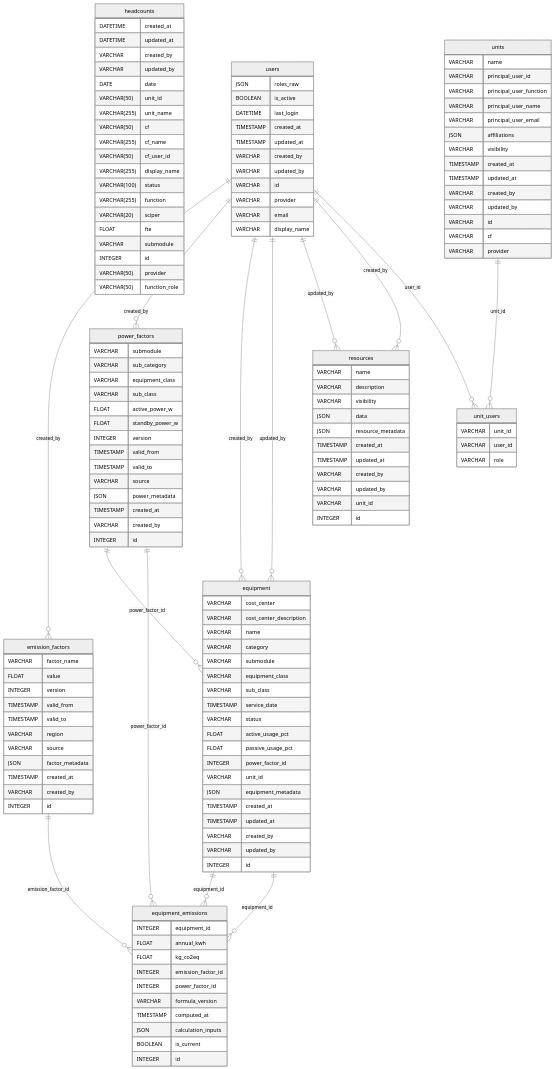
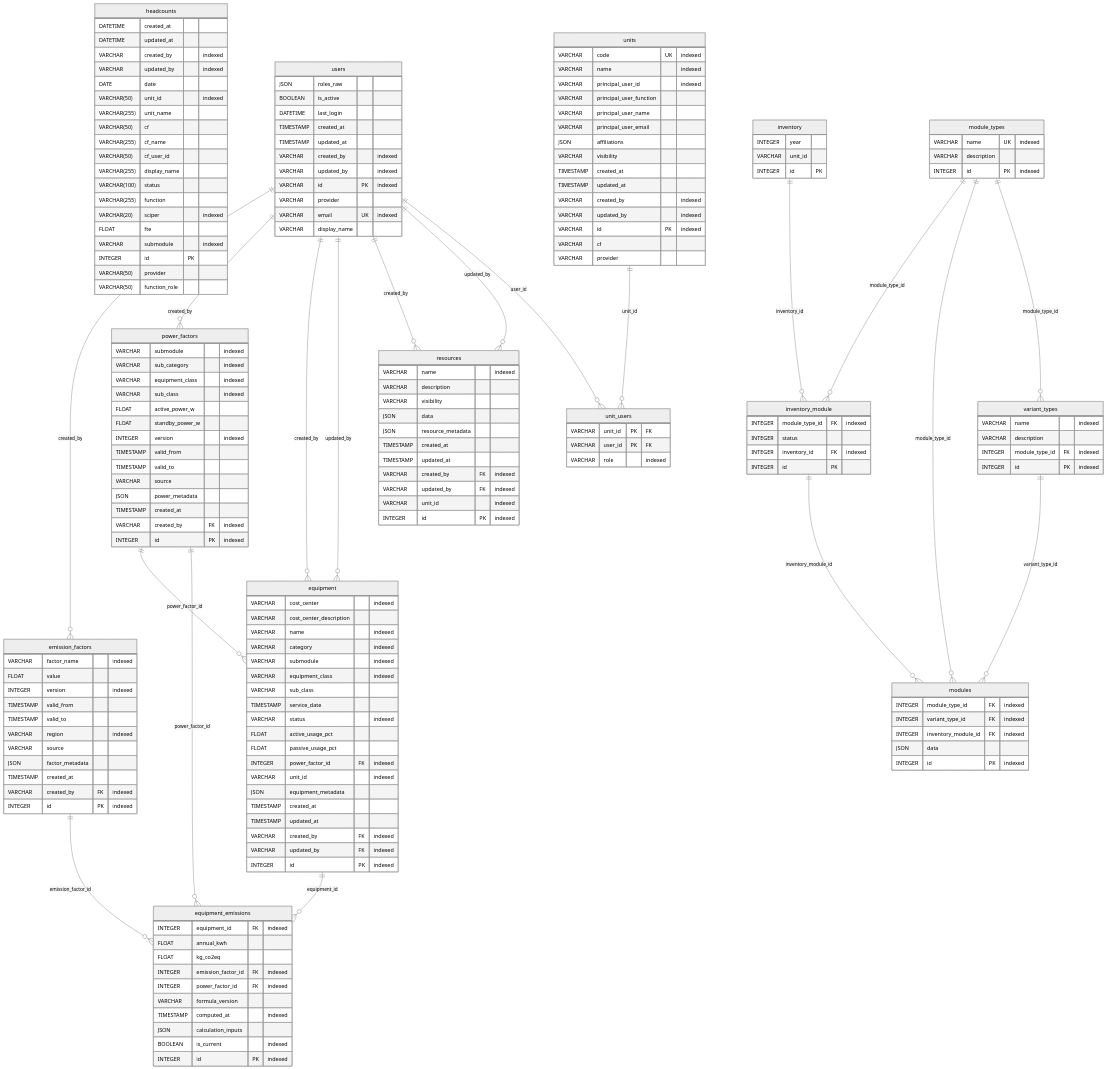
The diagram in docs/src/database/erd.md (EPFL-ENAC/co2-calculator), drawn with Mermaid (neutral theme) before and after one commit. The commit also changed 45 other files, not shown here.

````diff
--- a/docs/src/database/erd.md
+++ b/docs/src/database/erd.md
@@ -3,74 +3,74 @@
 ```mermaid
 erDiagram
   emission_factors {
-    VARCHAR factor_name
+    VARCHAR factor_name "indexed"
     FLOAT value
-    INTEGER version
+    INTEGER version "indexed"
     TIMESTAMP valid_from
     TIMESTAMP valid_to
-    VARCHAR region
+    VARCHAR region "indexed"
     VARCHAR source
     JSON factor_metadata
     TIMESTAMP created_at
-    VARCHAR created_by
-    INTEGER id
+    VARCHAR created_by FK "indexed"
+    INTEGER id PK "indexed"
   }
   power_factors {
-    VARCHAR submodule
-    VARCHAR sub_category
-    VARCHAR equipment_class
-    VARCHAR sub_class
+    VARCHAR submodule "indexed"
+    VARCHAR sub_category "indexed"
+    VARCHAR equipment_class "indexed"
+    VARCHAR sub_class "indexed"
     FLOAT active_power_w
     FLOAT standby_power_w
-    INTEGER version
+    INTEGER version "indexed"
     TIMESTAMP valid_from
     TIMESTAMP valid_to
     VARCHAR source
     JSON power_metadata
     TIMESTAMP created_at
-    VARCHAR created_by
-    INTEGER id
+    VARCHAR created_by FK "indexed"
+    INTEGER id PK "indexed"
   }
   equipment {
-    VARCHAR cost_center
+    VARCHAR cost_center "indexed"
     VARCHAR cost_center_description
-    VARCHAR name
-    VARCHAR category
-    VARCHAR submodule
-    VARCHAR equipment_class
+    VARCHAR name "indexed"
+    VARCHAR category "indexed"
+    VARCHAR submodule "indexed"
+    VARCHAR equipment_class "indexed"
     VARCHAR sub_class
     TIMESTAMP service_date
-    VARCHAR status
+    VARCHAR status "indexed"
     FLOAT active_usage_pct
     FLOAT passive_usage_pct
-    INTEGER power_factor_id
-    VARCHAR unit_id
+    INTEGER power_factor_id FK "indexed"
+    VARCHAR unit_id "indexed"
     JSON equipment_metadata
     TIMESTAMP created_at
     TIMESTAMP updated_at
-    VARCHAR created_by
-    VARCHAR updated_by
-    INTEGER id
+    VARCHAR created_by FK "indexed"
+    VARCHAR updated_by FK "indexed"
+    INTEGER id PK "indexed"
   }
   equipment_emissions {
-    INTEGER equipment_id
+    INTEGER equipment_id FK "indexed"
     FLOAT annual_kwh
     FLOAT kg_co2eq
-    INTEGER emission_factor_id
-    INTEGER power_factor_id
+    INTEGER emission_factor_id FK "indexed"
+    INTEGER power_factor_id FK "indexed"
     VARCHAR formula_version
-    TIMESTAMP computed_at
+    TIMESTAMP computed_at "indexed"
     JSON calculation_inputs
-    BOOLEAN is_current
-    INTEGER id
+    BOOLEAN is_current "indexed"
+    INTEGER id PK "indexed"
   }
   headcounts {
     DATETIME created_at
     DATETIME updated_at
-    VARCHAR created_by
-    VARCHAR updated_by
+    VARCHAR created_by "indexed"
+    VARCHAR updated_by "indexed"
     DATE date
-    VARCHAR(50) unit_id
+    VARCHAR(50) unit_id "indexed"
     VARCHAR(255) unit_name
     VARCHAR(50) cf
     VARCHAR(255) cf_name
@@ -78,29 +78,53 @@
     VARCHAR(255) display_name
     VARCHAR(100) status
     VARCHAR(255) function
-    VARCHAR(20) sciper
+    VARCHAR(20) sciper "indexed"
     FLOAT fte
-    VARCHAR submodule
-    INTEGER id
+    VARCHAR submodule "indexed"
+    INTEGER id PK
     VARCHAR(50) provider
     VARCHAR(50) function_role
   }
+  inventory {
+    INTEGER year
+    VARCHAR unit_id
+    INTEGER id PK
+  }
+  inventory_module {
+    INTEGER module_type_id FK "indexed"
+    INTEGER status
+    INTEGER inventory_id FK "indexed"
+    INTEGER id PK
+  }
+  modules {
+    INTEGER module_type_id FK "indexed"
+    INTEGER variant_type_id FK "indexed"
+    INTEGER inventory_module_id FK "indexed"
+    JSON data
+    INTEGER id PK "indexed"
+  }
+  module_types {
+    VARCHAR name UK "indexed"
+    VARCHAR description
+    INTEGER id PK "indexed"
+  }
   resources {
-    VARCHAR name
+    VARCHAR name "indexed"
     VARCHAR description
     VARCHAR visibility
     JSON data
     JSON resource_metadata
     TIMESTAMP created_at
     TIMESTAMP updated_at
-    VARCHAR created_by
-    VARCHAR updated_by
-    VARCHAR unit_id
-    INTEGER id
+    VARCHAR created_by FK "indexed"
+    VARCHAR updated_by FK "indexed"
+    VARCHAR unit_id "indexed"
+    INTEGER id PK "indexed"
   }
   units {
-    VARCHAR name
-    VARCHAR principal_user_id
+    VARCHAR code UK "indexed"
+    VARCHAR name "indexed"
+    VARCHAR principal_user_id "indexed"
     VARCHAR principal_user_function
     VARCHAR principal_user_name
     VARCHAR principal_user_email
@@ -108,16 +132,16 @@
     VARCHAR visibility
     TIMESTAMP created_at
     TIMESTAMP updated_at
-    VARCHAR created_by
-    VARCHAR updated_by
-    VARCHAR id
+    VARCHAR created_by "indexed"
+    VARCHAR updated_by "indexed"
+    VARCHAR id PK "indexed"
     VARCHAR cf
     VARCHAR provider
   }
   unit_users {
-    VARCHAR unit_id
-    VARCHAR user_id
-    VARCHAR role
+    VARCHAR unit_id PK "FK"
+    VARCHAR user_id PK "FK"
+    VARCHAR role "indexed"
   }
   users {
     JSON roles_raw
@@ -125,12 +149,18 @@
     DATETIME last_login
     TIMESTAMP created_at
     TIMESTAMP updated_at
-    VARCHAR created_by
-    VARCHAR updated_by
-    VARCHAR id
+    VARCHAR created_by "indexed"
+    VARCHAR updated_by "indexed"
+    VARCHAR id PK "indexed"
     VARCHAR provider
-    VARCHAR email
+    VARCHAR email UK "indexed"
     VARCHAR display_name
+  }
+  variant_types {
+    VARCHAR name "indexed"
+    VARCHAR description
+    INTEGER module_type_id FK "indexed"
+    INTEGER id PK "indexed"
   }
   users ||--}o emission_factors : created_by
   users ||--}o power_factors : created_by
@@ -140,9 +170,14 @@
   equipment ||--}o equipment_emissions : equipment_id
   emission_factors ||--}o equipment_emissions : emission_factor_id
   power_factors ||--}o equipment_emissions : power_factor_id
-  equipment ||--}o equipment_emissions : equipment_id
+  inventory ||--}o inventory_module : inventory_id
+  module_types ||--}o inventory_module : module_type_id
+  inventory_module ||--}o modules : inventory_module_id
+  module_types ||--}o modules : module_type_id
+  variant_types ||--}o modules : variant_type_id
+  users ||--}o resources : created_by
   users ||--}o resources : updated_by
-  users ||--}o resources : created_by
+  units ||--}o unit_users : unit_id
   users ||--}o unit_users : user_id
-  units ||--}o unit_users : unit_id
+  module_types ||--}o variant_types : module_type_id
 ```
````
